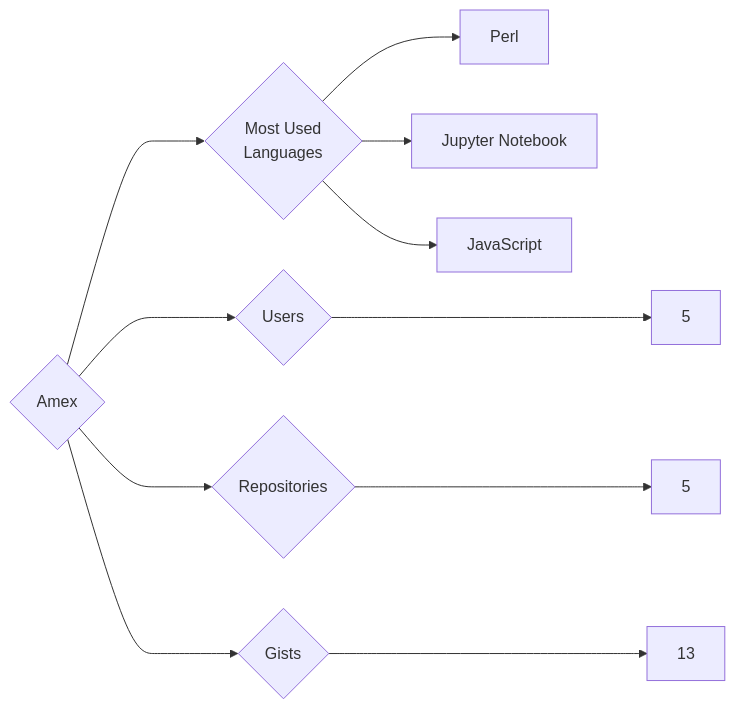
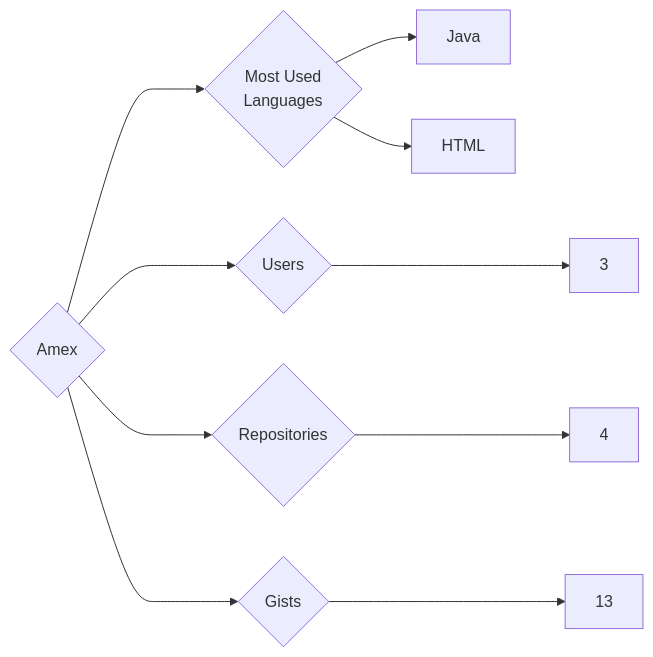
Before and after one commit to trickest/insiders: the diagram in targets/Amex/README.md, drawn with Mermaid. The commit also changed 1166 other files, not shown here.

````diff
--- a/targets/Amex/README.md
+++ b/targets/Amex/README.md
@@ -3,11 +3,10 @@
 ```mermaid
 graph LR
 COMPANY_NAME{Amex}
-COMPANY_NAME ---> U{Users} ---> UN[5]
-COMPANY_NAME ---> R{Repositories} ---> RN[5]
+COMPANY_NAME ---> U{Users} ---> UN[3]
+COMPANY_NAME ---> R{Repositories} ---> RN[4]
 COMPANY_NAME ---> G{Gists} ---> GN[13]
 COMPANY_NAME ---> ML{Most Used<br>Languages}
-ML --> Perl[Perl]
-ML --> Jupyter_Notebook[Jupyter Notebook]
-ML --> JavaScript[JavaScript]
+ML --> Java[Java]
+ML --> HTML[HTML]
 ```
````
